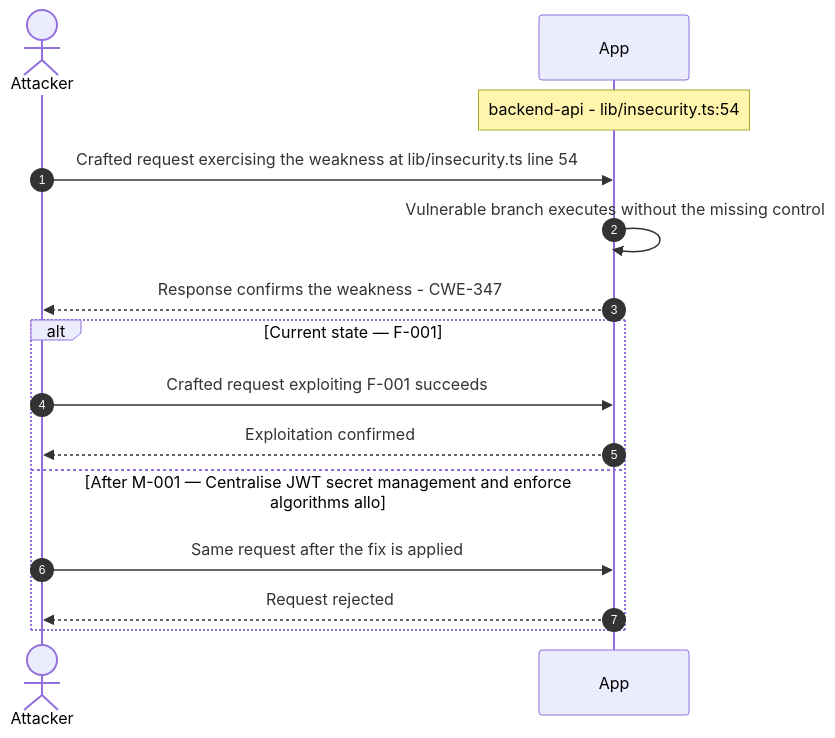
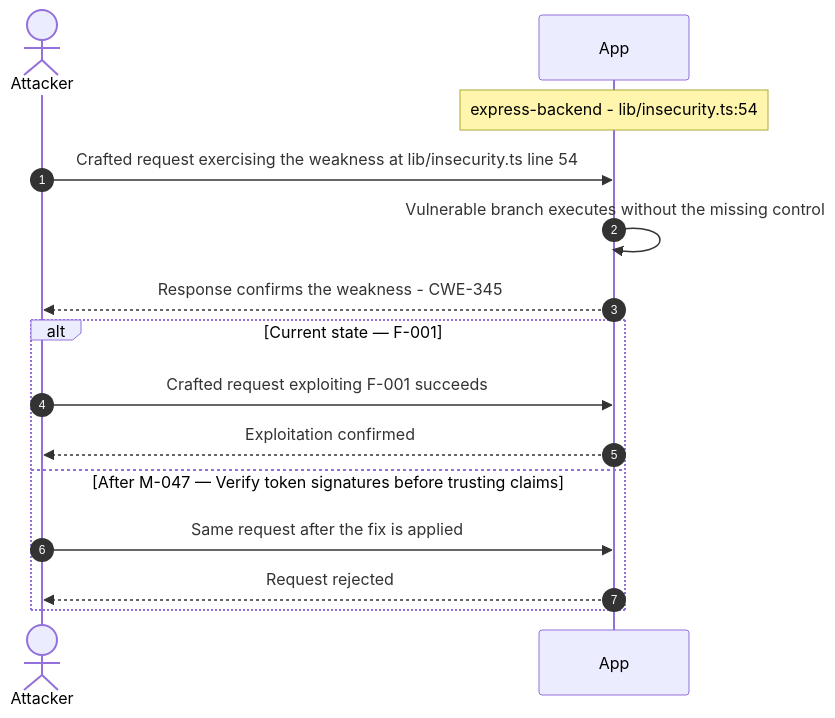
One commit to appsec-foundry/appsec-advisor changed the eighth of 28 diagrams in examples/threat-modeler/threat-model-juice-shop-standard.md. Above: the diagram before and after it, drawn with Mermaid. The commit also changed other lines of this file and 12 other files, not shown here.

````diff
--- a/examples/threat-modeler/threat-model-juice-shop-standard.md
+++ b/examples/threat-modeler/threat-model-juice-shop-standard.md
@@ -585,17 +549,17 @@
 ```mermaid
 sequenceDiagram
     autonumber
     actor Attacker
     participant App
-    Note over App: backend-api - lib/insecurity.ts:54
+    Note over App: express-backend - lib/insecurity.ts:54
     Attacker->>App: Crafted request exercising the weakness at lib/insecurity.ts line 54
     App->>App: Vulnerable branch executes without the missing control
-    App-->>Attacker: Response confirms the weakness - CWE-347
+    App-->>Attacker: Response confirms the weakness - CWE-345
     alt Current state — F-001
         Attacker->>App: Crafted request exploiting F-001 succeeds
         App-->>Attacker: Exploitation confirmed
-    else After M-001 — Centralise JWT secret management and enforce algorithms allo
+    else After M-047 — Verify token signatures before trusting claims
         Attacker->>App: Same request after the fix is applied
         App-->>Attacker: Request rejected
     end
 ```
````
